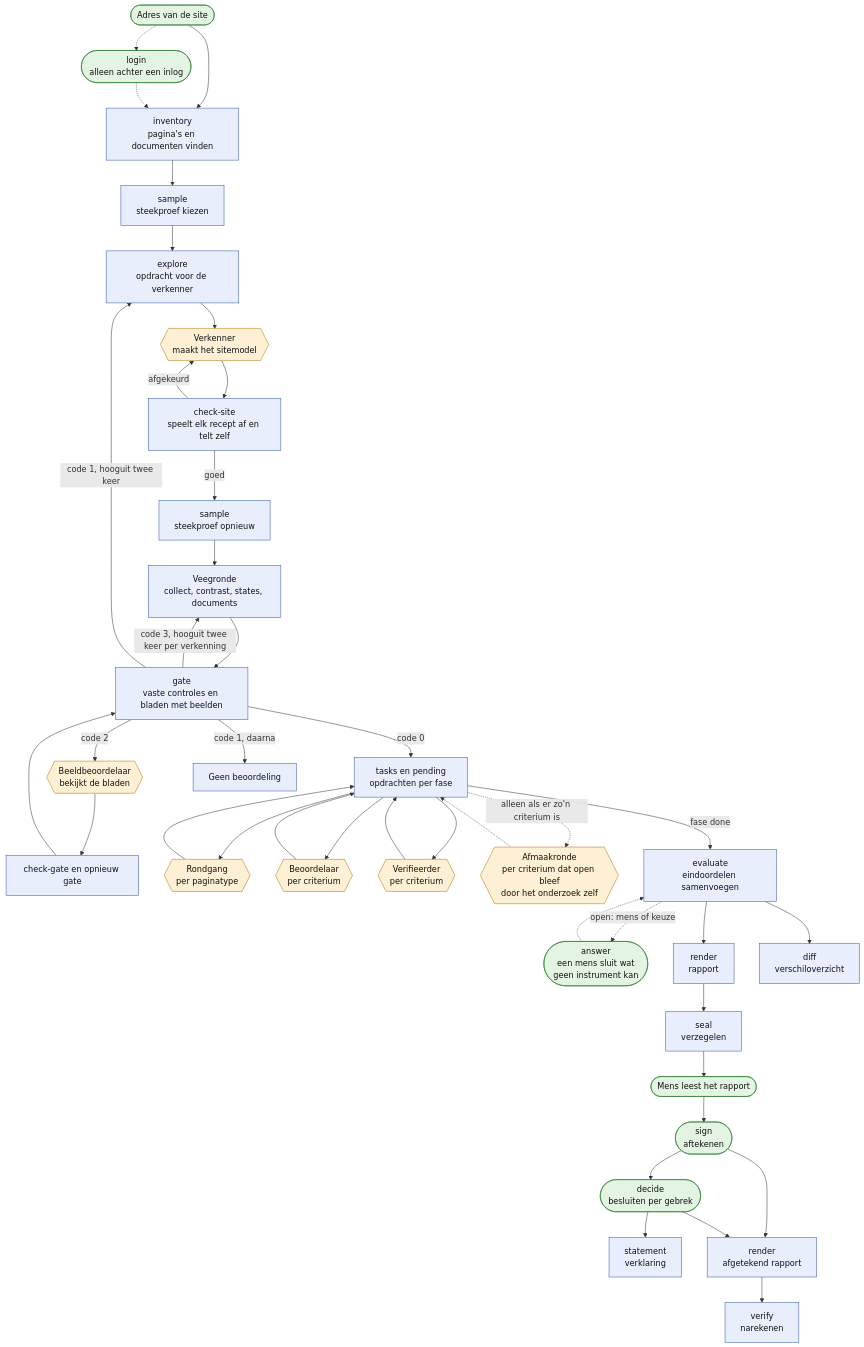
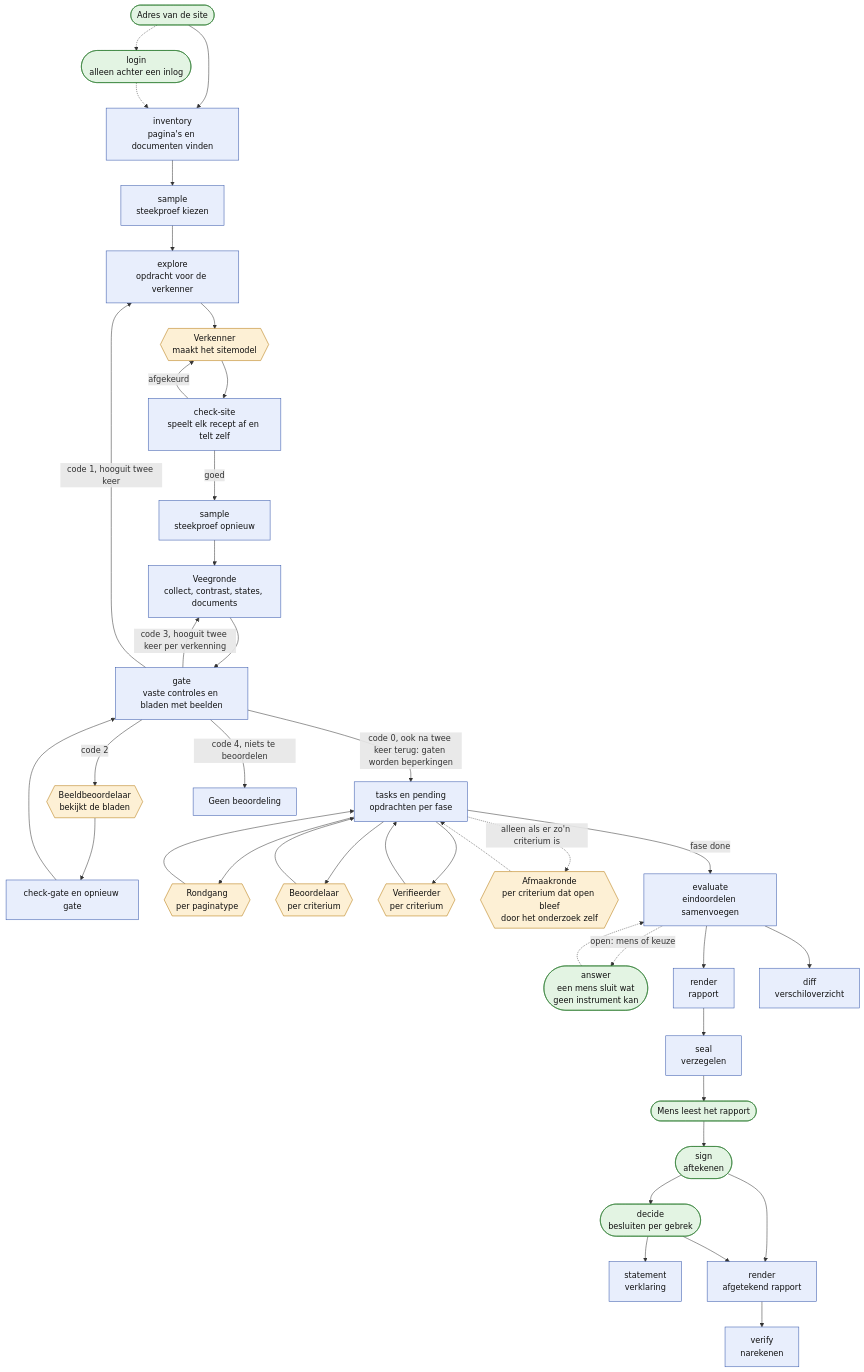
Before and after one commit to NederlandseDigitaleDienst/loep: the first of 3 diagrams in docs/architectuur.md, drawn with Mermaid. The commit also changed other lines of this file and 12 other files, not shown here.

````diff
--- a/docs/architectuur.md
+++ b/docs/architectuur.md
@@ -32,57 +32,57 @@
 ```mermaid
 flowchart TD
   adres(["Adres van de site"]):::mens
   inlog(["login<br/>alleen achter een inlog"]):::mens
   inventaris["inventory<br/>pagina's en documenten vinden"]:::script
   steekproef["sample<br/>steekproef kiezen"]:::script
   opdracht["explore<br/>opdracht voor de verkenner"]:::script
   verkenner{{"Verkenner<br/>maakt het sitemodel"}}:::agent
   controle["check-site<br/>speelt elk recept af en telt zelf"]:::script
   opnieuw["sample<br/>steekproef opnieuw"]:::script
   veegronde["Veegronde<br/>collect, contrast, states, documents"]:::script
   poort["gate<br/>vaste controles en bladen met beelden"]:::script
   beelden{{"Beeldbeoordelaar<br/>bekijkt de bladen"}}:::agent
   poortcontrole["check-gate en opnieuw gate"]:::script
   taken["tasks en pending<br/>opdrachten per fase"]:::script
   rondgang{{"Rondgang<br/>per paginatype"}}:::agent
   beoordelaar{{"Beoordelaar<br/>per criterium"}}:::agent
   verifieerder{{"Verifieerder<br/>per criterium"}}:::agent
   afmaker{{"Afmaakronde<br/>per criterium dat open bleef<br/>door het onderzoek zelf"}}:::agent
   antwoord(["answer<br/>een mens sluit wat<br/>geen instrument kan"]):::mens
   evaluatie["evaluate<br/>eindoordelen samenvoegen"]:::script
   rapport["render<br/>rapport"]:::script
   verschil["diff<br/>verschiloverzicht"]:::script
   verklaring["statement<br/>verklaring"]:::script
   zegel["seal<br/>verzegelen"]:::script
   lezen(["Mens leest het rapport"]):::mens
   tekenen(["sign<br/>aftekenen"]):::mens
   besluiten(["decide<br/>besluiten per gebrek"]):::mens
   afgetekend["render<br/>afgetekend rapport"]:::script
   narekenen["verify<br/>narekenen"]:::script
   gestopt["Geen beoordeling"]:::script
 
   adres --> inventaris
   adres -.-> inlog -.-> inventaris
   inventaris --> steekproef --> opdracht --> verkenner --> controle
   controle -->|"afgekeurd"| verkenner
   controle -->|"goed"| opnieuw --> veegronde --> poort
   poort -->|"code 2"| beelden --> poortcontrole --> poort
   poort -->|"code 3, hooguit twee keer per verkenning"| veegronde
   poort -->|"code 1, hooguit twee keer"| opdracht
-  poort -->|"code 1, daarna"| gestopt
-  poort -->|"code 0"| taken
+  poort -->|"code 4, niets te beoordelen"| gestopt
+  poort -->|"code 0, ook na twee keer terug: gaten worden beperkingen"| taken
   taken --> rondgang --> taken
   taken --> beoordelaar --> taken
   taken --> verifieerder --> taken
   taken -.->|"alleen als er zo'n criterium is"| afmaker -.-> taken
   taken -->|"fase done"| evaluatie
   evaluatie -.->|"open: mens of keuze"| antwoord -.-> evaluatie
   evaluatie --> rapport --> zegel --> lezen --> tekenen --> afgetekend --> narekenen
   evaluatie --> verschil
   tekenen --> besluiten --> afgetekend
   besluiten --> verklaring
 
   classDef script fill:#e8eefc,stroke:#3355aa,color:#111111
   classDef agent fill:#fdf0d5,stroke:#b37400,color:#111111
   classDef mens fill:#e3f4e3,stroke:#2e7d32,color:#111111
 ```
````
